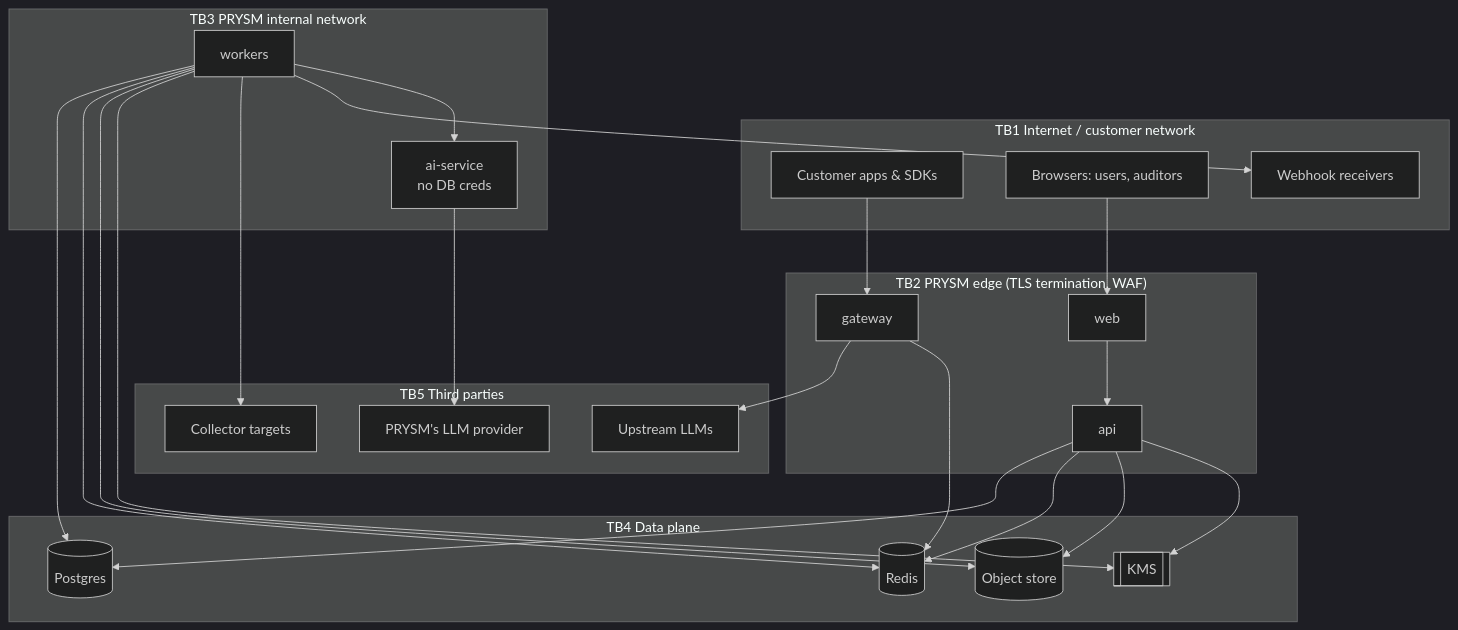
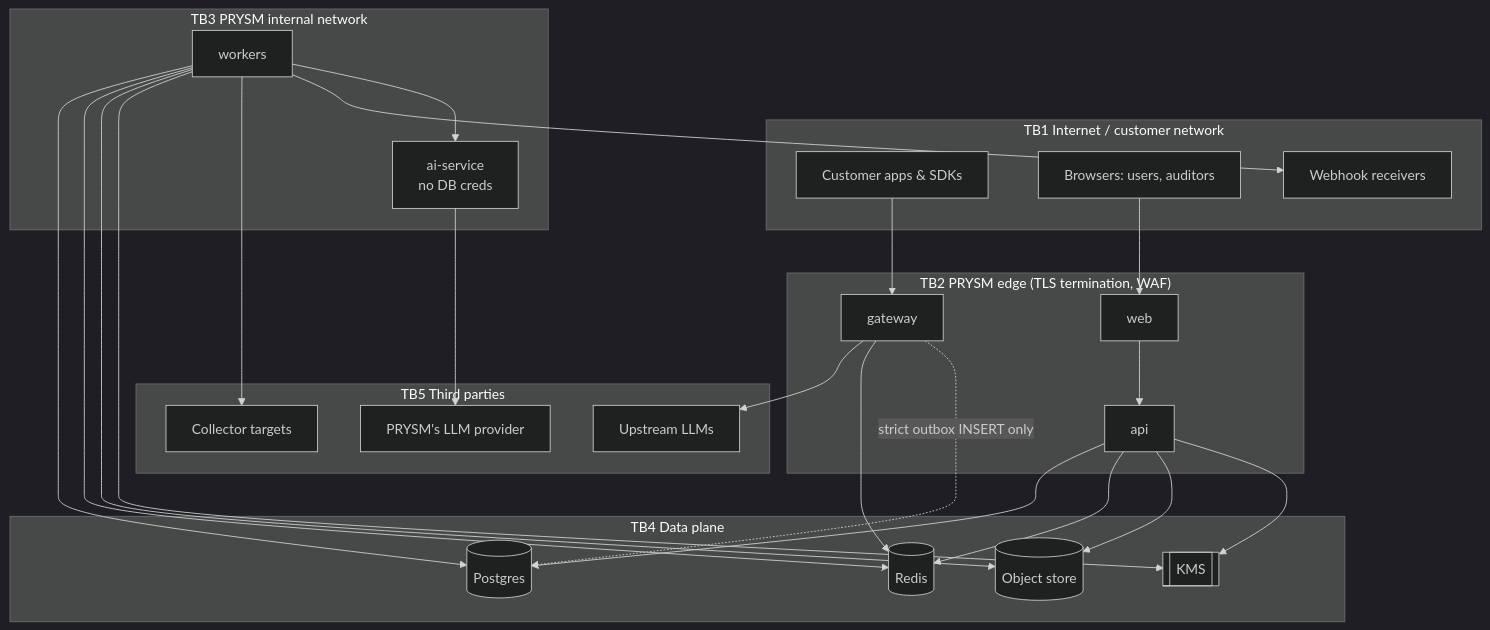
Before and after one commit to bsrikumar855-dot/PRYSM: the fourth of 4 diagrams in docs/ARCHITECTURE.md, drawn with Mermaid (dark theme). The commit also changed other lines of this file and 9 other files, not shown here.

First line of the commit message:
docs: strict durability via Postgres outbox, measured; accept ADR-0009/0010

````diff
--- a/docs/ARCHITECTURE.md
+++ b/docs/ARCHITECTURE.md
@@ -153,37 +153,38 @@
 ```mermaid
 flowchart TB
   subgraph TB1["TB1 Internet / customer network"]
     A[Customer apps & SDKs]
     U[Browsers: users, auditors]
     X[Webhook receivers]
   end
   subgraph TB2["TB2 PRYSM edge (TLS termination, WAF)"]
     GW[gateway]
     API[api]
     WEB[web]
   end
   subgraph TB3["TB3 PRYSM internal network"]
     WK[workers]
     AIS[ai-service<br/>no DB creds]
   end
   subgraph TB4["TB4 Data plane"]
     PG[(Postgres)]
     RD[(Redis)]
     S3[(Object store)]
     KMS[[KMS]]
   end
   subgraph TB5["TB5 Third parties"]
     LLM[Upstream LLMs]
     EXT[Collector targets]
     OWN[PRYSM's LLM provider]
   end
   A --> GW
   U --> WEB --> API
   GW --> LLM
   GW --> RD
+  GW -. strict outbox INSERT only .-> PG
   API --> PG & RD & S3 & KMS
   WK --> PG & RD & S3 & KMS
   WK --> EXT
   WK --> X
   WK --> AIS --> OWN
 ```
````
